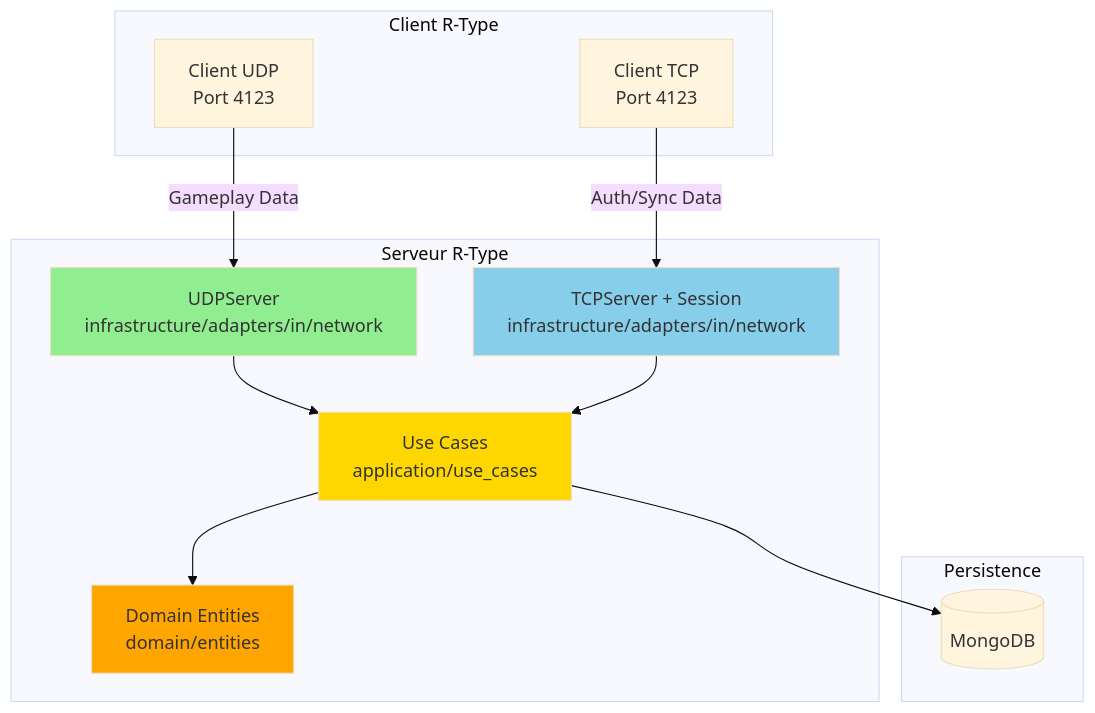
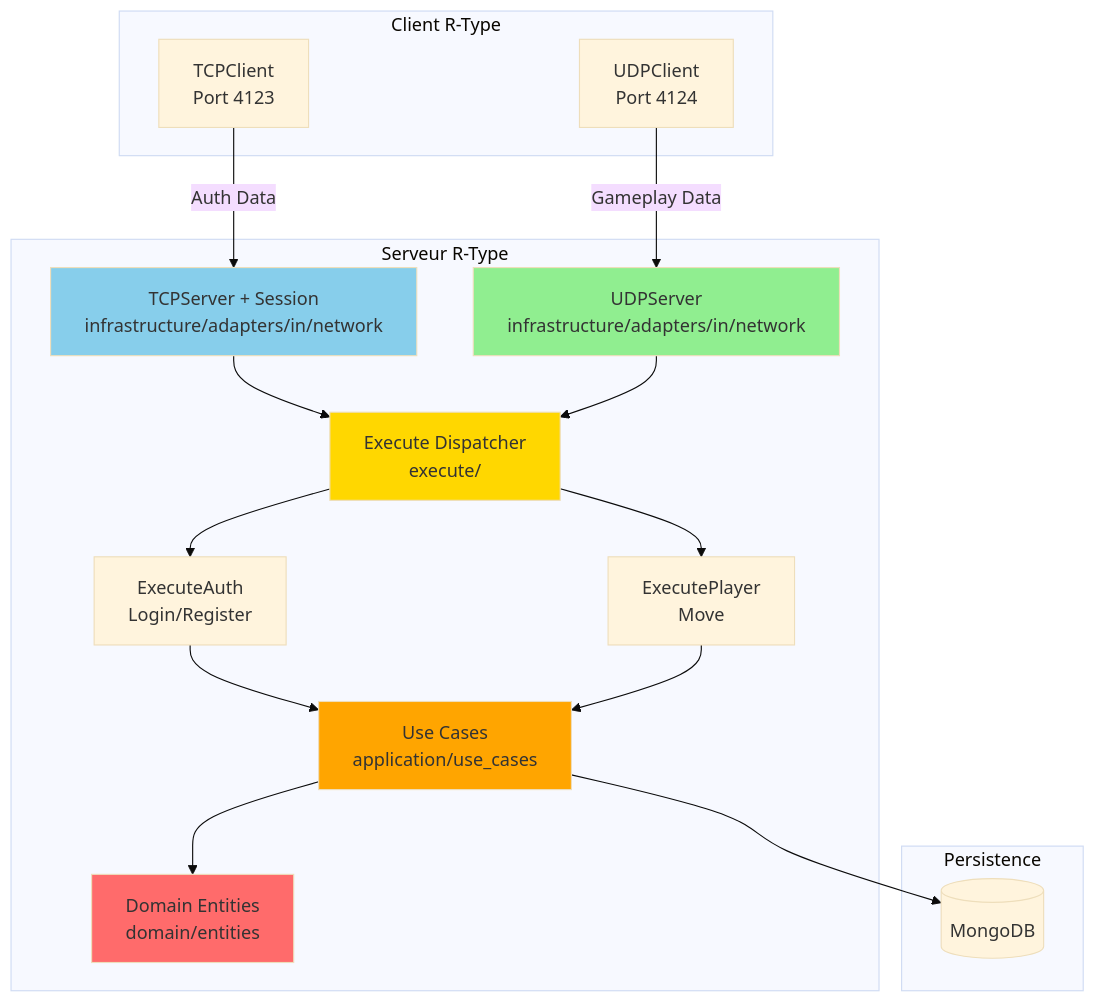
Before and after one commit to ChrisG-L/rtype: the first of 3 diagrams in docs/guides/network-architecture.md, drawn with Mermaid (base theme). The commit also changed other lines of this file and 1 other file, not shown here.

First line of the commit message:
DOCS: Documentation architecture réseau v0.5.0

````diff
--- a/docs/guides/network-architecture.md
+++ b/docs/guides/network-architecture.md
@@ -24,30 +24,38 @@
 ```mermaid
 graph TB
     subgraph "Client R-Type"
-        CU[Client UDP<br/>Port 4123]
-        CT[Client TCP<br/>Port 4123]
+        CT[TCPClient<br/>Port 4123]
+        CU[UDPClient<br/>Port 4124]
     end
 
     subgraph "Serveur R-Type"
+        TCP[TCPServer + Session<br/>infrastructure/adapters/in/network]
         UDP[UDPServer<br/>infrastructure/adapters/in/network]
-        TCP[TCPServer + Session<br/>infrastructure/adapters/in/network]
+        EX[Execute Dispatcher<br/>execute/]
+        EA[ExecuteAuth<br/>Login/Register]
+        EP[ExecutePlayer<br/>Move]
         UC[Use Cases<br/>application/use_cases]
         DOM[Domain Entities<br/>domain/entities]
     end
 
     subgraph "Persistence"
         MONGO[(MongoDB)]
     end
 
+    CT -->|Auth Data| TCP
     CU -->|Gameplay Data| UDP
-    CT -->|Auth/Sync Data| TCP
-    UDP --> UC
-    TCP --> UC
+    TCP --> EX
+    UDP --> EX
+    EX --> EA
+    EX --> EP
+    EA --> UC
+    EP --> UC
     UC --> DOM
     UC --> MONGO
 
+    style TCP fill:#87CEEB
     style UDP fill:#90EE90
-    style TCP fill:#87CEEB
-    style UC fill:#FFD700
-    style DOM fill:#FFA500
+    style EX fill:#FFD700
+    style UC fill:#FFA500
+    style DOM fill:#FF6B6B
 ```
````
